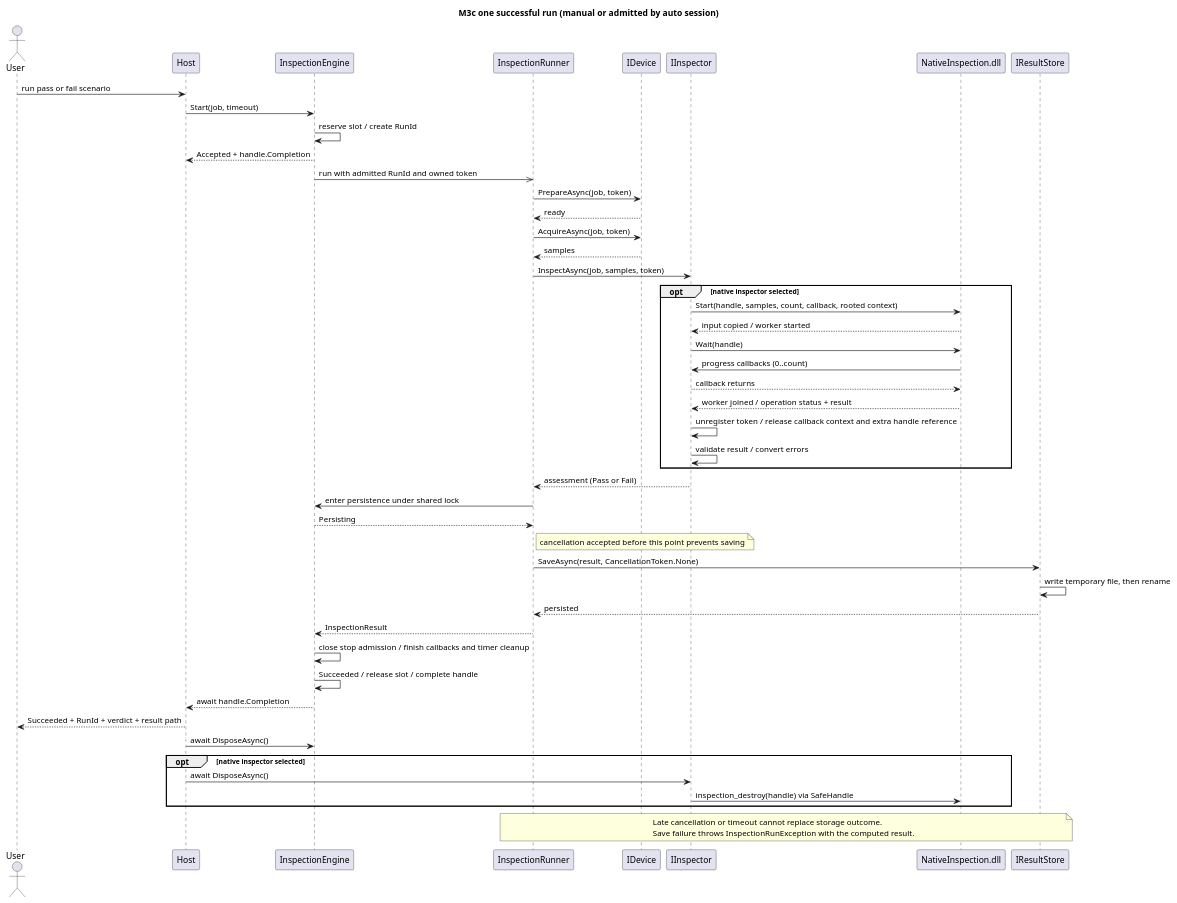
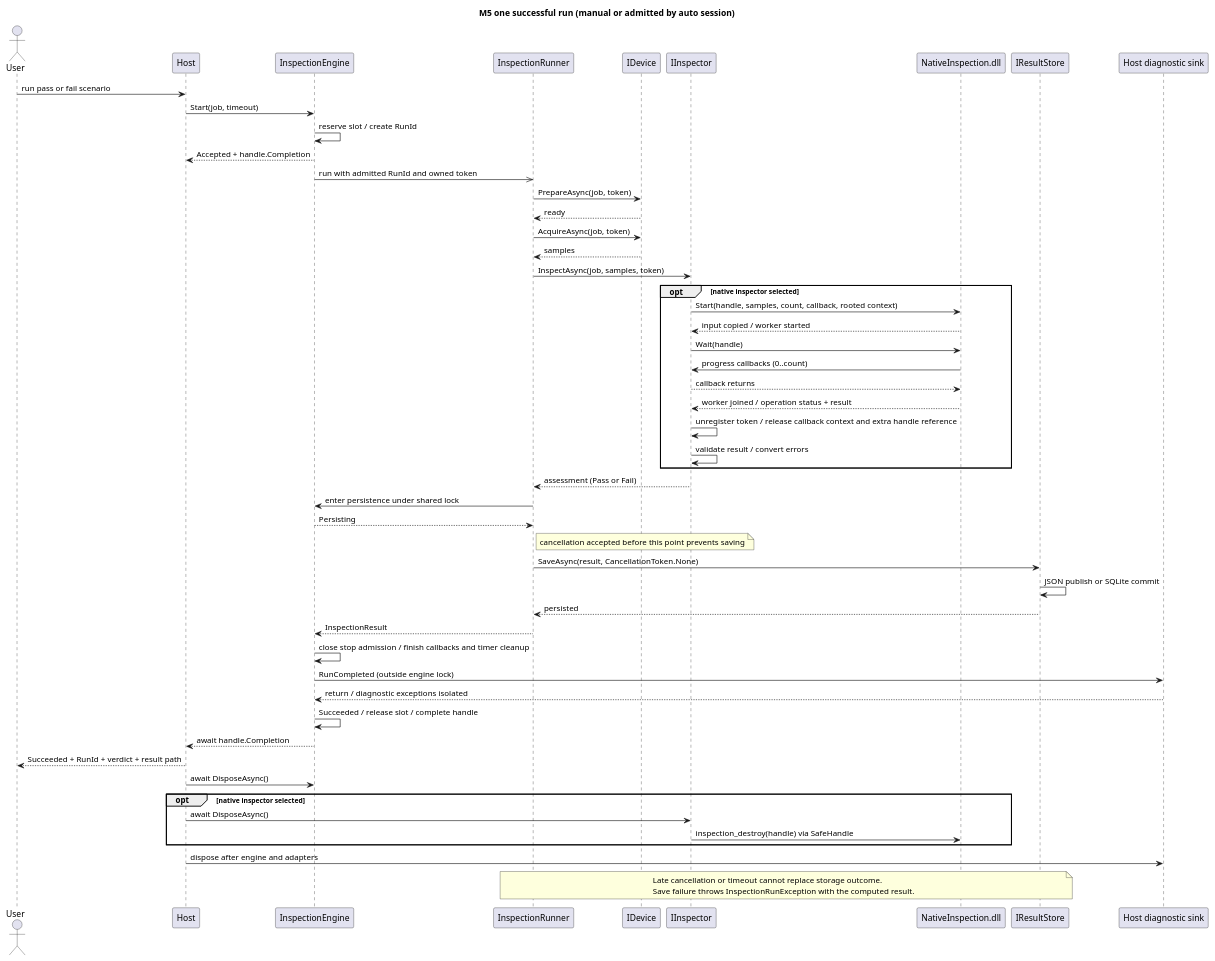
One commit to Myoungmin/CSharp-InspectionCore-Lab changed the diagram in docs/diagrams/run-sequence.puml. Above: the diagram before and after it, drawn with PlantUML. The commit also changed 53 other files, not shown here.

```diff
--- a/docs/diagrams/run-sequence.puml
+++ b/docs/diagrams/run-sequence.puml
@@ -1,52 +1,56 @@
 @startuml run-sequence
-title M3c one successful run (manual or admitted by auto session)
+title M5 one successful run (manual or admitted by auto session)
 actor User
 participant Host
 participant InspectionEngine as Engine
 participant InspectionRunner as Runner
 participant IDevice as Device
 participant IInspector as Inspector
 participant "NativeInspection.dll" as DLL
 participant IResultStore as Store
+participant "Host diagnostic sink" as Log
 User -> Host : run pass or fail scenario
 Host -> Engine : Start(job, timeout)
 Engine -> Engine : reserve slot / create RunId
 Engine --> Host : Accepted + handle.Completion
 Engine ->> Runner : run with admitted RunId and owned token
 Runner -> Device : PrepareAsync(job, token)
 Device --> Runner : ready
 Runner -> Device : AcquireAsync(job, token)
 Device --> Runner : samples
 Runner -> Inspector : InspectAsync(job, samples, token)
 opt native inspector selected
 Inspector -> DLL : Start(handle, samples, count, callback, rooted context)
 DLL --> Inspector : input copied / worker started
 Inspector -> DLL : Wait(handle)
 DLL -> Inspector : progress callbacks (0..count)
 Inspector --> DLL : callback returns
 DLL --> Inspector : worker joined / operation status + result
 Inspector -> Inspector : unregister token / release callback context and extra handle reference
 Inspector -> Inspector : validate result / convert errors
 end
 Inspector --> Runner : assessment (Pass or Fail)
 Runner -> Engine : enter persistence under shared lock
 Engine --> Runner : Persisting
 note right of Runner : cancellation accepted before this point prevents saving
 Runner -> Store : SaveAsync(result, CancellationToken.None)
-Store -> Store : write temporary file, then rename
+Store -> Store : JSON publish or SQLite commit
 Store --> Runner : persisted
 Runner --> Engine : InspectionResult
 Engine -> Engine : close stop admission / finish callbacks and timer cleanup
+Engine -> Log : RunCompleted (outside engine lock)
+Log --> Engine : return / diagnostic exceptions isolated
 Engine -> Engine : Succeeded / release slot / complete handle
 Engine --> Host : await handle.Completion
 Host --> User : Succeeded + RunId + verdict + result path
 Host -> Engine : await DisposeAsync()
 opt native inspector selected
 Host -> Inspector : await DisposeAsync()
 Inspector -> DLL : inspection_destroy(handle) via SafeHandle
 end
+Host -> Log : dispose after engine and adapters
 note over Runner, Store
 Late cancellation or timeout cannot replace storage outcome.
 Save failure throws InspectionRunException with the computed result.
 end note
 @enduml
```
